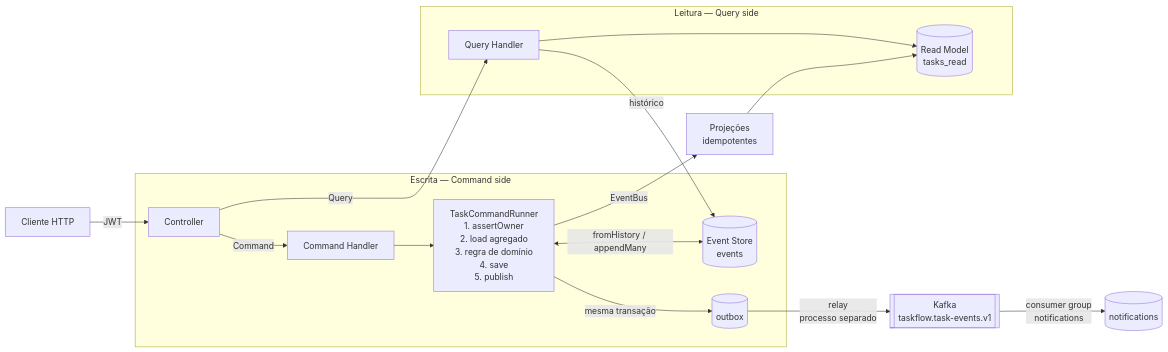
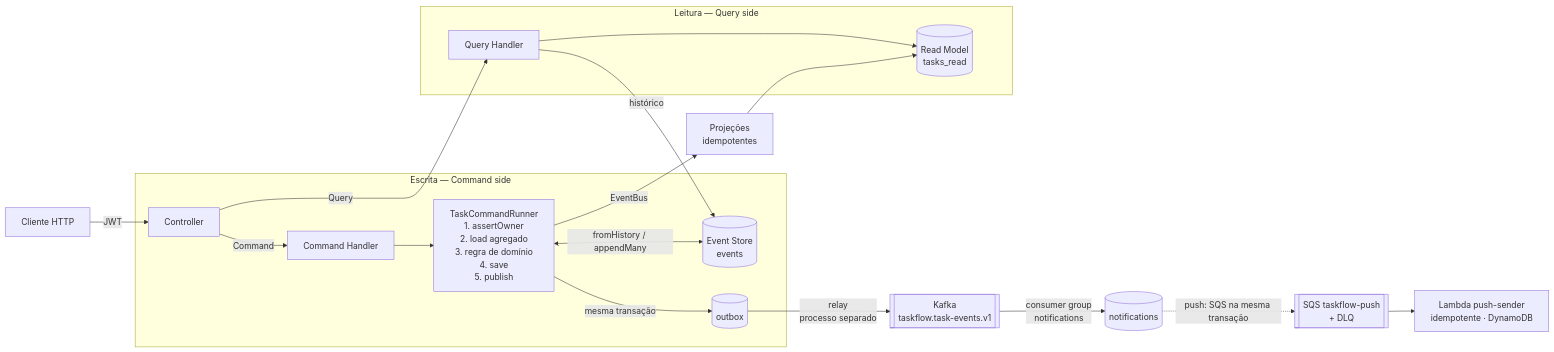
Before and after one commit to cassiocidrini/TaskFlow: the diagram in README.md, drawn with Mermaid. The commit also changed other lines of this file and 34 other files, not shown here.

First line of the commit message:
feat: Kafka para fatos, SQS para trabalho: push por SQS + Lambda (13.7) (#29)

````diff
--- a/README.md
+++ b/README.md
@@ -36,23 +37,25 @@
 ```mermaid
 flowchart LR
     C[Cliente HTTP] -->|JWT| CT[Controller]
 
     subgraph Escrita [Escrita — Command side]
         CT -->|Command| CH[Command Handler]
         CH --> R[TaskCommandRunner<br/>1. assertOwner<br/>2. load agregado<br/>3. regra de domínio<br/>4. save<br/>5. publish]
         R <-->|fromHistory / appendMany| ES[(Event Store<br/>events)]
         R -->|mesma transação| OB[(outbox)]
     end
 
     OB -->|relay<br/>processo separado| K[[Kafka<br/>taskflow.task-events.v1]]
     K -->|consumer group<br/>notifications| NO[(notifications)]
+    NO -.->|push: SQS na mesma transação| Q[[SQS taskflow-push<br/>+ DLQ]]
+    Q --> L[Lambda push-sender<br/>idempotente · DynamoDB]
 
     subgraph Leitura [Leitura — Query side]
         CT -->|Query| QH[Query Handler]
         QH --> RM[(Read Model<br/>tasks_read)]
         QH -->|histórico| ES
     end
 
     R -->|EventBus| P[Projeções<br/>idempotentes]
     P --> RM
 ```
````
